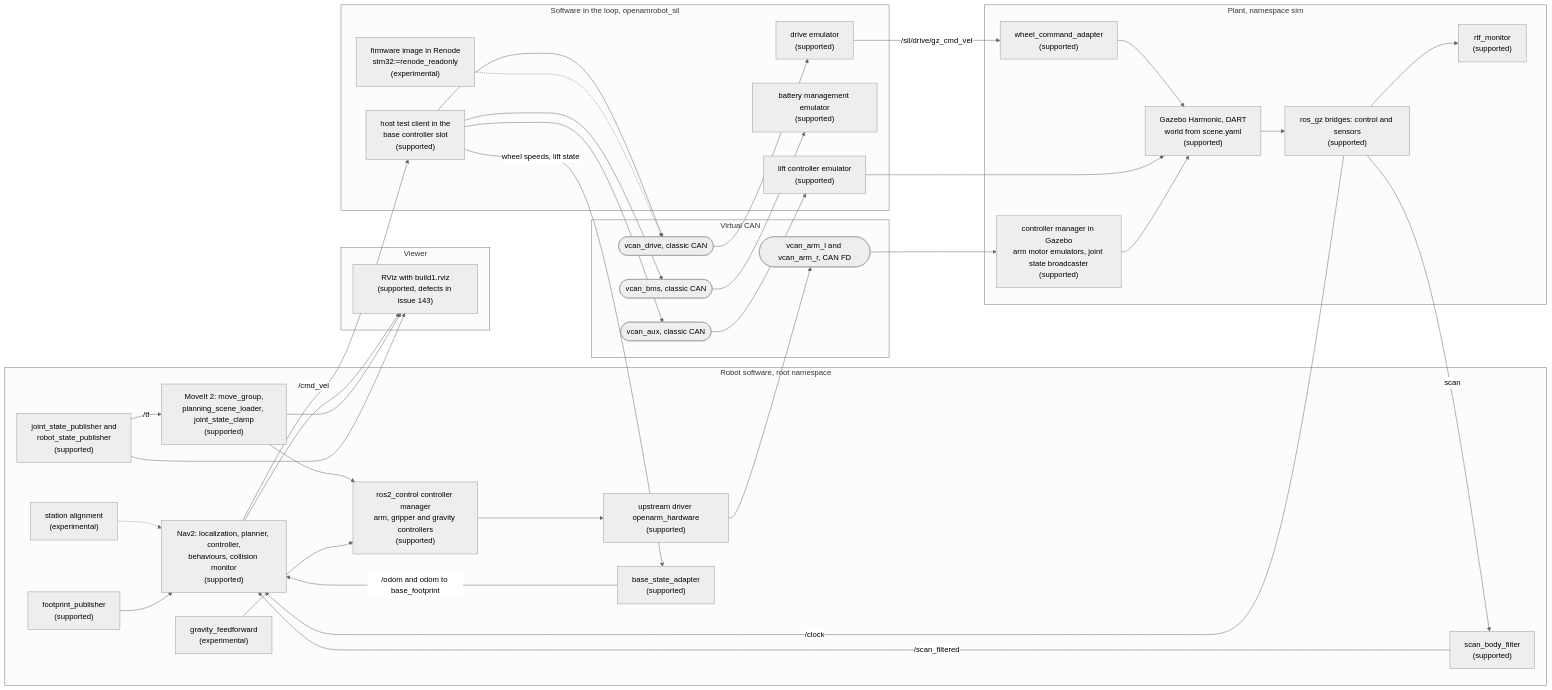
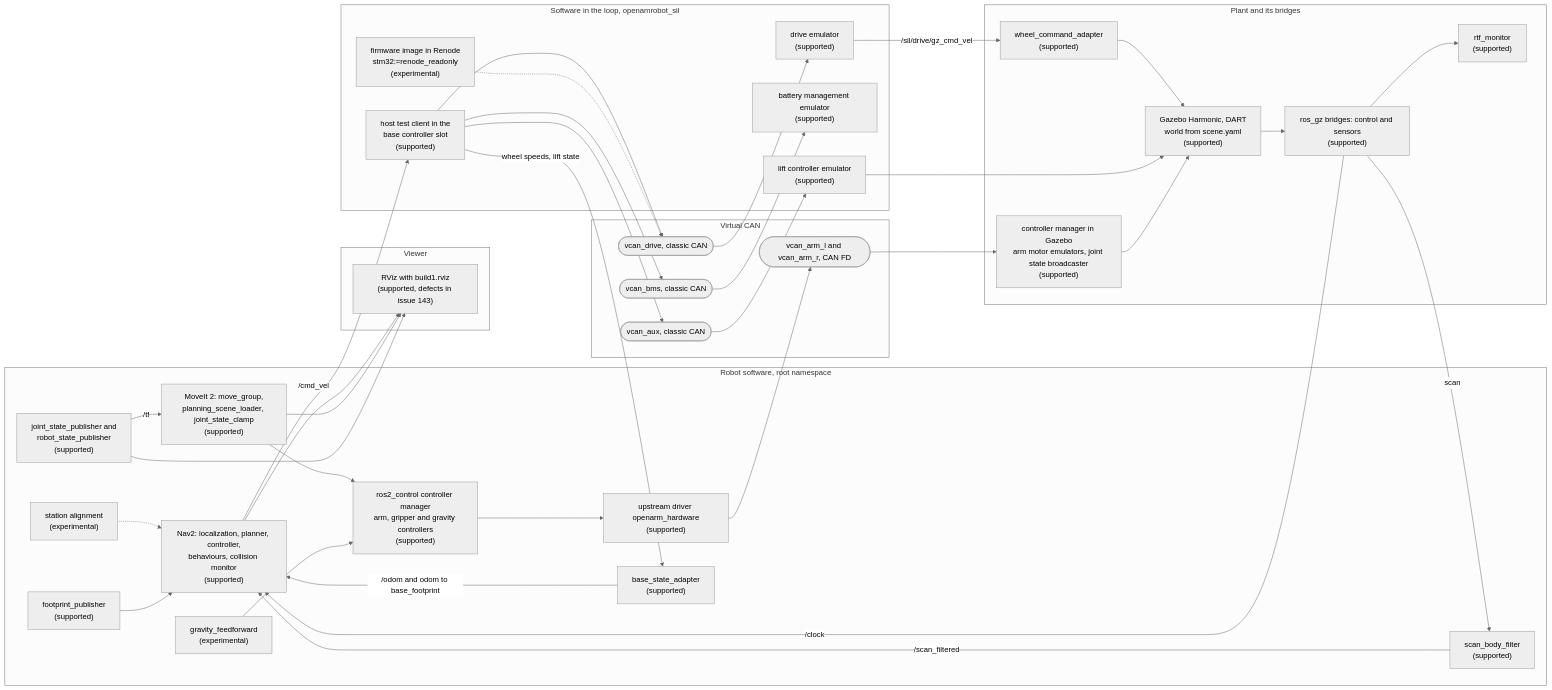
Before and after one commit to openAMRobot/openamrobot-docs: the second of 3 diagrams in docs/reference/openamrobot-2/digital-twin/rc1/architecture.md, drawn with Mermaid (neutral theme). The commit also changed 7 other files, not shown here.

````diff
--- a/docs/reference/openamrobot-2/digital-twin/rc1/architecture.md
+++ b/docs/reference/openamrobot-2/digital-twin/rc1/architecture.md
@@ -91,58 +91,58 @@
 ```mermaid
 flowchart LR
   subgraph ui_layer["Viewer"]
     rviz["RViz with build1.rviz<br/>(supported, defects in issue 143)"]
   end
   subgraph apps["Robot software, root namespace"]
     nav2["Nav2: localization, planner, controller,<br/>behaviours, collision monitor<br/>(supported)"]
     scanf["scan_body_filter<br/>(supported)"]
     foot["footprint_publisher<br/>(supported)"]
     moveit["MoveIt 2: move_group,<br/>planning_scene_loader, joint_state_clamp<br/>(supported)"]
     salign["station alignment<br/>(experimental)"]
     cm["ros2_control controller manager<br/>arm, gripper and gravity controllers<br/>(supported)"]
     drv["upstream driver openarm_hardware<br/>(supported)"]
     gff["gravity_feedforward<br/>(experimental)"]
     jsp["joint_state_publisher and<br/>robot_state_publisher<br/>(supported)"]
     bsa["base_state_adapter<br/>(supported)"]
   end
   subgraph silbox["Software in the loop, openamrobot_sil"]
     host["host test client in the<br/>base controller slot<br/>(supported)"]
     renode["firmware image in Renode<br/>stm32:=renode_readonly<br/>(experimental)"]
     zlac["drive emulator<br/>(supported)"]
     bms["battery management emulator<br/>(supported)"]
     ctl["lift controller emulator<br/>(supported)"]
   end
   subgraph vcan["Virtual CAN"]
     vdrive(["vcan_drive, classic CAN"])
     vbms(["vcan_bms, classic CAN"])
     vaux(["vcan_aux, classic CAN"])
     varm(["vcan_arm_l and vcan_arm_r, CAN FD"])
   end
-  subgraph plant["Plant, namespace sim"]
+  subgraph plant["Plant and its bridges"]
     simcm["controller manager in Gazebo<br/>arm motor emulators, joint state broadcaster<br/>(supported)"]
     wca["wheel_command_adapter<br/>(supported)"]
     gz["Gazebo Harmonic, DART<br/>world from scene.yaml<br/>(supported)"]
     bridge["ros_gz bridges: control and sensors<br/>(supported)"]
     rtf["rtf_monitor<br/>(supported)"]
   end
   nav2 -- "/cmd_vel" --> host
   host --> vdrive --> zlac
   renode -.-> vdrive
   zlac -- "/sil/drive/gz_cmd_vel" --> wca --> gz
   host --> vbms --> bms
   host --> vaux --> ctl --> gz
   moveit --> cm --> drv --> varm --> simcm --> gz
   gff --> cm
   salign -.-> nav2
   gz --> bridge
   bridge -- "/clock" --> nav2
   bridge -- "scan" --> scanf -- "/scan_filtered" --> nav2
   bridge --> rtf
   host -- "wheel speeds, lift state" --> bsa
   bsa -- "/odom and odom to base_footprint" --> nav2
   foot --> nav2
   jsp -- "/tf" --> moveit
   nav2 --> rviz
   moveit --> rviz
   jsp --> rviz
 ```
````
